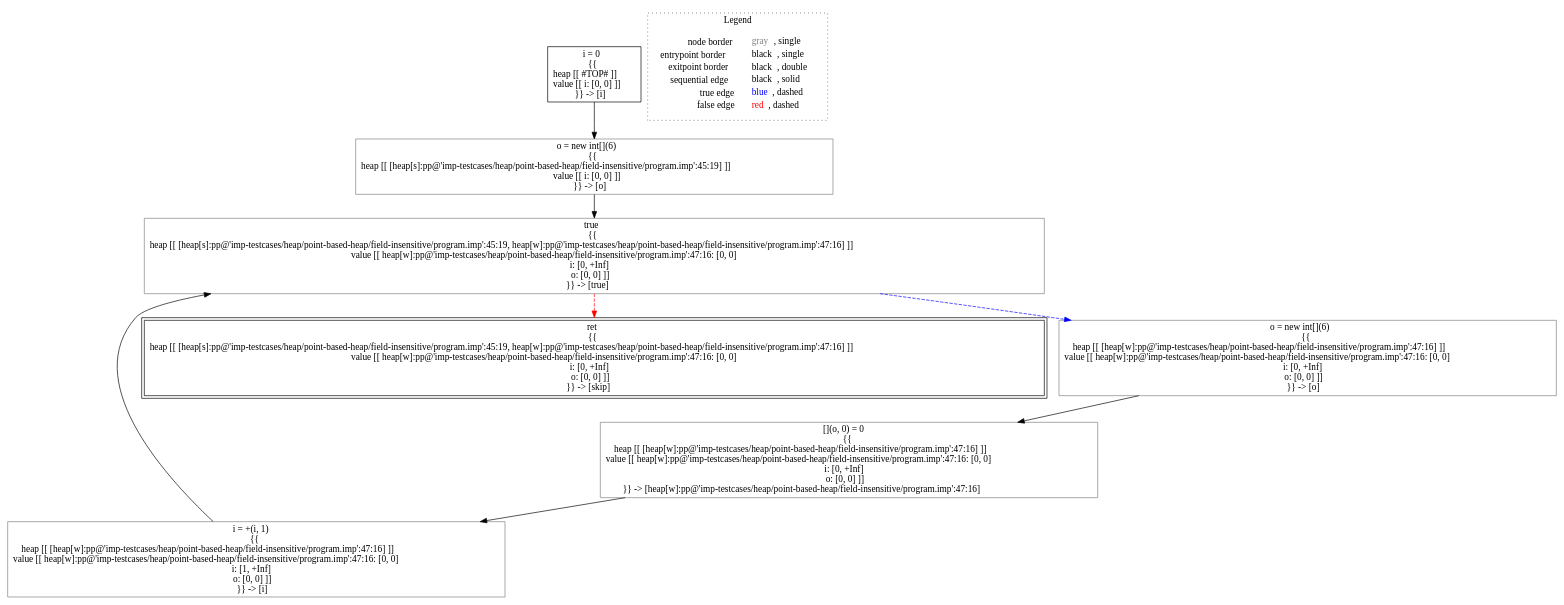
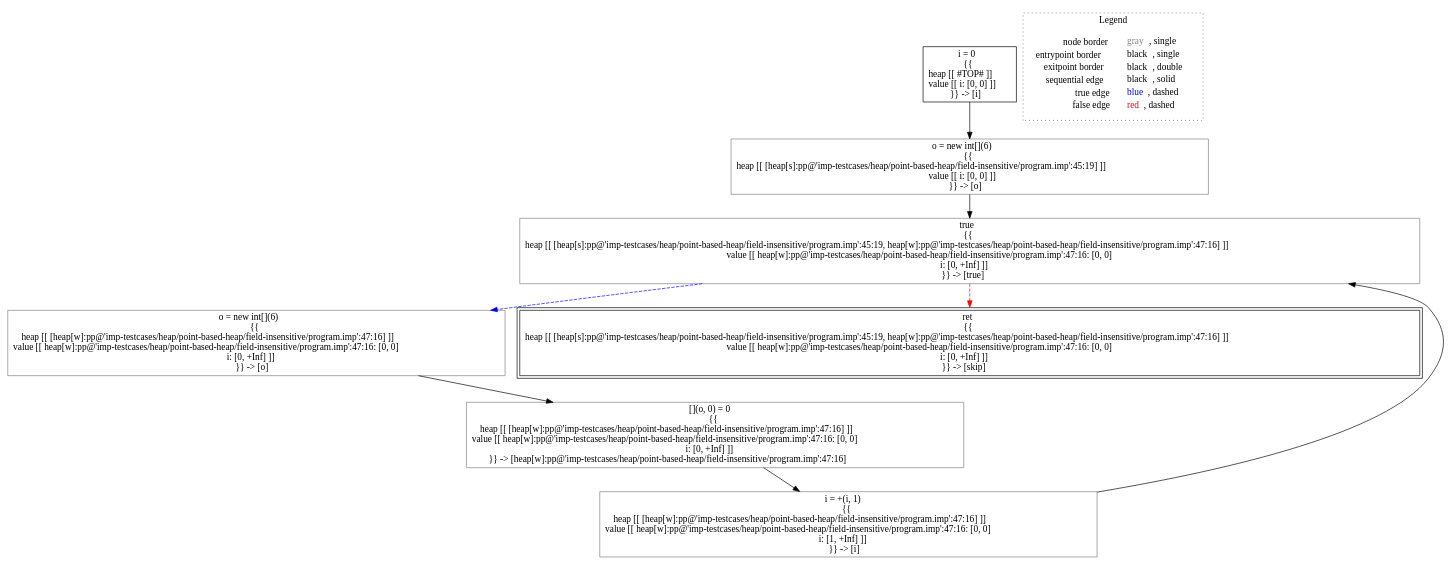
Before and after one commit to lisa-analyzer/lisa: the diagram in lisa/imp-testcases/heap/point-based-heap/field-insensitive/analysis___untyped_A.f5(A_this).dot, drawn with Graphviz. The commit also changed 6 other files, not shown here.

Commit message:
#95 changed semantics of imp new obj/array with heap references, fixed test5 of field sensitive analysis, changed semantics of type inference for identifier

```diff
--- a/lisa/imp-testcases/heap/point-based-heap/field-insensitive/analysis___untyped_A.f5(A_this).dot
+++ b/lisa/imp-testcases/heap/point-based-heap/field-insensitive/analysis___untyped_A.f5(A_this).dot
@@ -1,23 +1,23 @@
 digraph {
 	"node0" [shape="rect",color="black",label=<i = 0<BR/>{{<BR/>heap [[ #TOP# ]]<BR/>value [[ i: [0, 0] ]]<BR/>}} -&gt; [i]>];
-	"node1" [shape="rect",color="gray",label=<i = +(i, 1)<BR/>{{<BR/>heap [[ [heap[w]:pp@'imp-testcases/heap/point-based-heap/field-insensitive/program.imp':47:16] ]]<BR/>value [[ heap[w]:pp@'imp-testcases/heap/point-based-heap/field-insensitive/program.imp':47:16: [0, 0]<BR/>i: [1, +Inf]<BR/>o: [0, 0] ]]<BR/>}} -&gt; [i]>];
-	"node2" [shape="rect",color="black",peripheries="2",label=<ret<BR/>{{<BR/>heap [[ [heap[s]:pp@'imp-testcases/heap/point-based-heap/field-insensitive/program.imp':45:19, heap[w]:pp@'imp-testcases/heap/point-based-heap/field-insensitive/program.imp':47:16] ]]<BR/>value [[ heap[w]:pp@'imp-testcases/heap/point-based-heap/field-insensitive/program.imp':47:16: [0, 0]<BR/>i: [0, +Inf]<BR/>o: [0, 0] ]]<BR/>}} -&gt; [skip]>];
-	"node3" [shape="rect",color="gray",label=<true<BR/>{{<BR/>heap [[ [heap[s]:pp@'imp-testcases/heap/point-based-heap/field-insensitive/program.imp':45:19, heap[w]:pp@'imp-testcases/heap/point-based-heap/field-insensitive/program.imp':47:16] ]]<BR/>value [[ heap[w]:pp@'imp-testcases/heap/point-based-heap/field-insensitive/program.imp':47:16: [0, 0]<BR/>i: [0, +Inf]<BR/>o: [0, 0] ]]<BR/>}} -&gt; [true]>];
-	"node4" [shape="rect",color="gray",label=<o = new int[](6)<BR/>{{<BR/>heap [[ [heap[w]:pp@'imp-testcases/heap/point-based-heap/field-insensitive/program.imp':47:16] ]]<BR/>value [[ heap[w]:pp@'imp-testcases/heap/point-based-heap/field-insensitive/program.imp':47:16: [0, 0]<BR/>i: [0, +Inf]<BR/>o: [0, 0] ]]<BR/>}} -&gt; [o]>];
-	"node5" [shape="rect",color="gray",label=<o = new int[](6)<BR/>{{<BR/>heap [[ [heap[s]:pp@'imp-testcases/heap/point-based-heap/field-insensitive/program.imp':45:19] ]]<BR/>value [[ i: [0, 0] ]]<BR/>}} -&gt; [o]>];
-	"node6" [shape="rect",color="gray",label=<[](o, 0) = 0<BR/>{{<BR/>heap [[ [heap[w]:pp@'imp-testcases/heap/point-based-heap/field-insensitive/program.imp':47:16] ]]<BR/>value [[ heap[w]:pp@'imp-testcases/heap/point-based-heap/field-insensitive/program.imp':47:16: [0, 0]<BR/>i: [0, +Inf]<BR/>o: [0, 0] ]]<BR/>}} -&gt; [heap[w]:pp@'imp-testcases/heap/point-based-heap/field-insensitive/program.imp':47:16]>];
-	"node1" -> "node3" [color="black"];
-	"node3" -> "node2" [color="red",style="dashed"];
-	"node3" -> "node4" [color="blue",style="dashed"];
-	"node0" -> "node5" [color="black"];
-	"node4" -> "node6" [color="black"];
-	"node5" -> "node3" [color="black"];
+	"node1" [shape="rect",color="gray",label=<true<BR/>{{<BR/>heap [[ [heap[s]:pp@'imp-testcases/heap/point-based-heap/field-insensitive/program.imp':45:19, heap[w]:pp@'imp-testcases/heap/point-based-heap/field-insensitive/program.imp':47:16] ]]<BR/>value [[ heap[w]:pp@'imp-testcases/heap/point-based-heap/field-insensitive/program.imp':47:16: [0, 0]<BR/>i: [0, +Inf] ]]<BR/>}} -&gt; [true]>];
+	"node2" [shape="rect",color="gray",label=<o = new int[](6)<BR/>{{<BR/>heap [[ [heap[w]:pp@'imp-testcases/heap/point-based-heap/field-insensitive/program.imp':47:16] ]]<BR/>value [[ heap[w]:pp@'imp-testcases/heap/point-based-heap/field-insensitive/program.imp':47:16: [0, 0]<BR/>i: [0, +Inf] ]]<BR/>}} -&gt; [o]>];
+	"node3" [shape="rect",color="black",peripheries="2",label=<ret<BR/>{{<BR/>heap [[ [heap[s]:pp@'imp-testcases/heap/point-based-heap/field-insensitive/program.imp':45:19, heap[w]:pp@'imp-testcases/heap/point-based-heap/field-insensitive/program.imp':47:16] ]]<BR/>value [[ heap[w]:pp@'imp-testcases/heap/point-based-heap/field-insensitive/program.imp':47:16: [0, 0]<BR/>i: [0, +Inf] ]]<BR/>}} -&gt; [skip]>];
+	"node4" [shape="rect",color="gray",label=<i = +(i, 1)<BR/>{{<BR/>heap [[ [heap[w]:pp@'imp-testcases/heap/point-based-heap/field-insensitive/program.imp':47:16] ]]<BR/>value [[ heap[w]:pp@'imp-testcases/heap/point-based-heap/field-insensitive/program.imp':47:16: [0, 0]<BR/>i: [1, +Inf] ]]<BR/>}} -&gt; [i]>];
+	"node5" [shape="rect",color="gray",label=<[](o, 0) = 0<BR/>{{<BR/>heap [[ [heap[w]:pp@'imp-testcases/heap/point-based-heap/field-insensitive/program.imp':47:16] ]]<BR/>value [[ heap[w]:pp@'imp-testcases/heap/point-based-heap/field-insensitive/program.imp':47:16: [0, 0]<BR/>i: [0, +Inf] ]]<BR/>}} -&gt; [heap[w]:pp@'imp-testcases/heap/point-based-heap/field-insensitive/program.imp':47:16]>];
+	"node6" [shape="rect",color="gray",label=<o = new int[](6)<BR/>{{<BR/>heap [[ [heap[s]:pp@'imp-testcases/heap/point-based-heap/field-insensitive/program.imp':45:19] ]]<BR/>value [[ i: [0, 0] ]]<BR/>}} -&gt; [o]>];
+	"node1" -> "node2" [color="blue",style="dashed"];
+	"node1" -> "node3" [color="red",style="dashed"];
+	"node2" -> "node5" [color="black"];
+	"node0" -> "node6" [color="black"];
+	"node4" -> "node1" [color="black"];
+	"node5" -> "node4" [color="black"];
 	"node6" -> "node1" [color="black"];
 subgraph cluster_legend {
 	label="Legend";
 	style=dotted;
 	node [shape=plaintext];
 	"legend" [label=<<table border="0" cellpadding="2" cellspacing="0" cellborder="0"><tr><td align="right">node border&nbsp;</td><td align="left"><font color="gray">gray</font>, single</td></tr><tr><td align="right">entrypoint border&nbsp;</td><td align="left"><font color="black">black</font>, single</td></tr><tr><td align="right">exitpoint border&nbsp;</td><td align="left"><font color="black">black</font>, double</td></tr><tr><td align="right">sequential edge&nbsp;</td><td align="left"><font color="black">black</font>, solid</td></tr><tr><td align="right">true edge&nbsp;</td><td align="left"><font color="blue">blue</font>, dashed</td></tr><tr><td align="right">false edge&nbsp;</td><td align="left"><font color="red">red</font>, dashed</td></tr></table>>];
 }
 
 }
```
